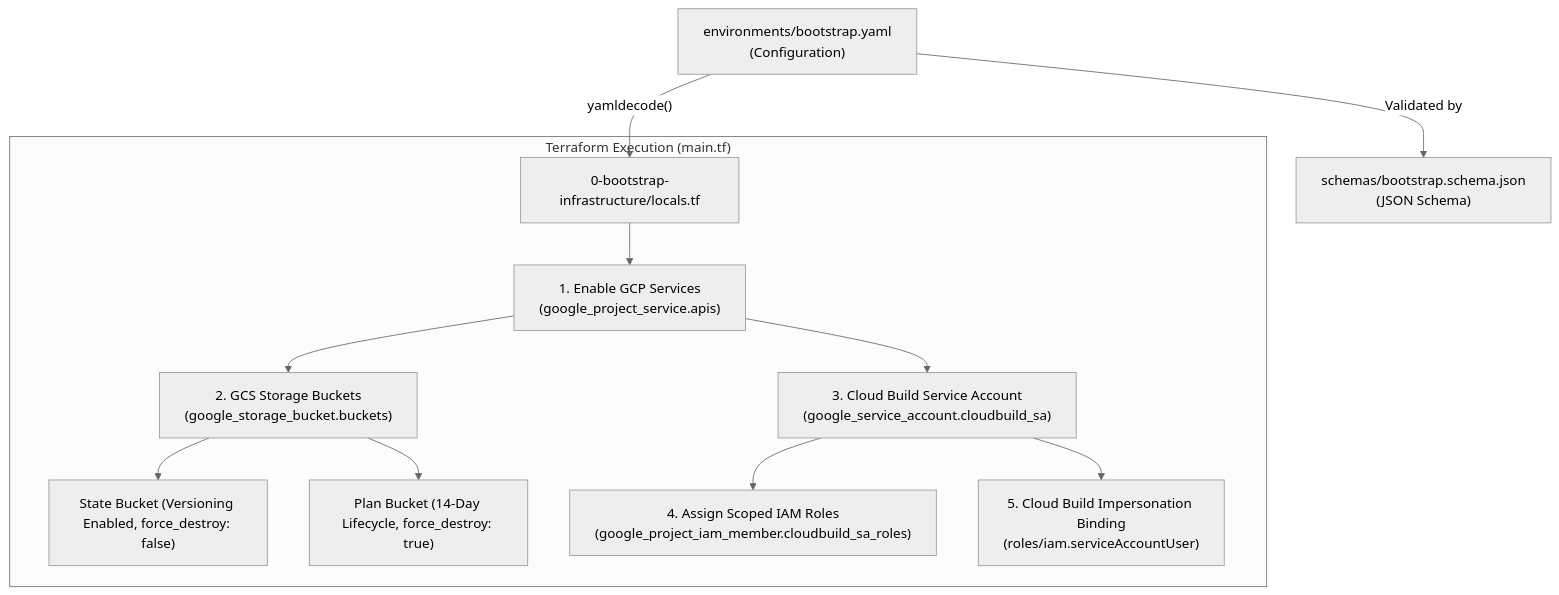
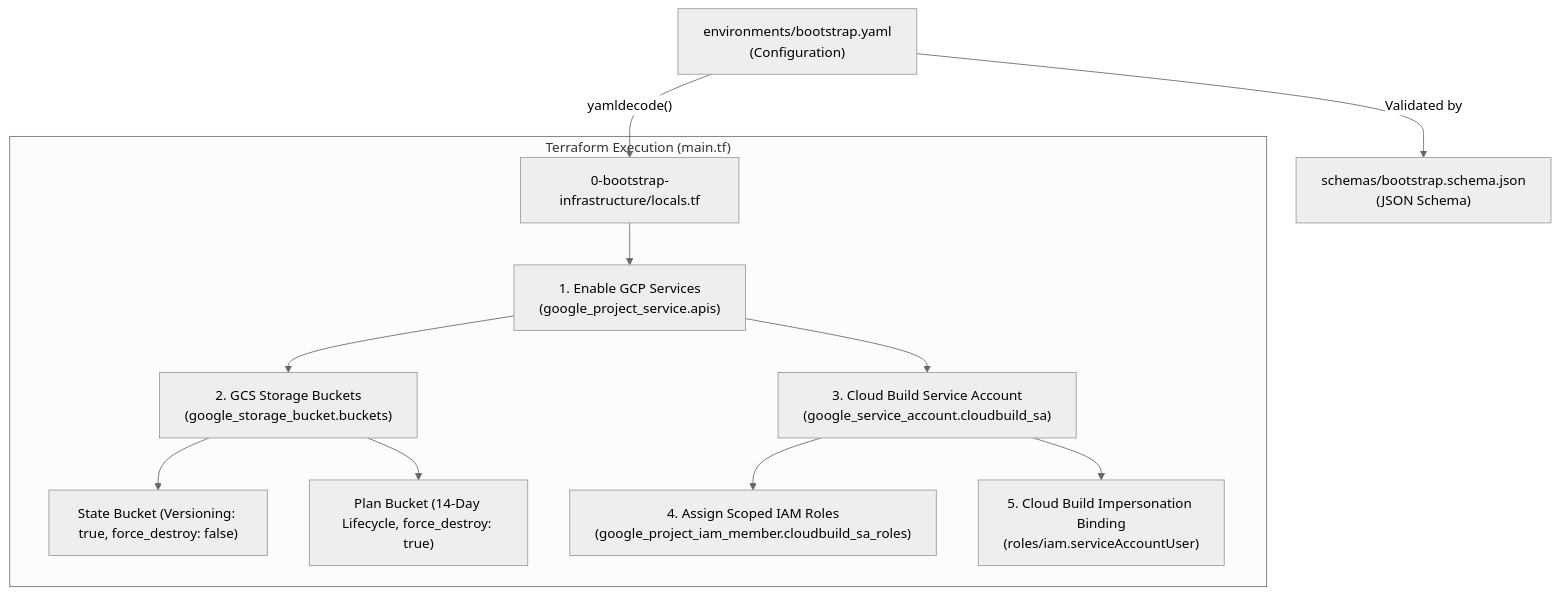
The diagram in 0-bootstrap-infrastructure/README.md (yuva-cloud-devops/gcp-platform-foundation-terraform), drawn with Mermaid (neutral theme) before and after one commit. The commit also changed other lines of this file and 15 other files, not shown here.

````diff
--- a/0-bootstrap-infrastructure/README.md
+++ b/0-bootstrap-infrastructure/README.md
@@ -45,17 +45,17 @@
 ```mermaid
 flowchart TD
     YAML["environments/bootstrap.yaml<br/>(Configuration)"] -->|"Validated by"| JSON["schemas/bootstrap.schema.json<br/>(JSON Schema)"]
     YAML -->|"yamldecode()"| Locals["0-bootstrap-infrastructure/locals.tf"]
     
     subgraph Provisioning ["Terraform Execution (main.tf)"]
         Locals --> Step1["1. Enable GCP Services<br/>(google_project_service.apis)"]
         Step1 --> Step2["2. GCS Storage Buckets<br/>(google_storage_bucket.buckets)"]
         Step1 --> Step3["3. Cloud Build Service Account<br/>(google_service_account.cloudbuild_sa)"]
         
-        Step2 --> GCS1["State Bucket (Versioning Enabled, force_destroy: false)"]
+        Step2 --> GCS1["State Bucket (Versioning: true, force_destroy: false)"]
         Step2 --> GCS2["Plan Bucket (14-Day Lifecycle, force_destroy: true)"]
         
         Step3 --> Step4["4. Assign Scoped IAM Roles<br/>(google_project_iam_member.cloudbuild_sa_roles)"]
         Step3 --> Step5["5. Cloud Build Impersonation Binding<br/>(roles/iam.serviceAccountUser)"]
     end
 ```
````
